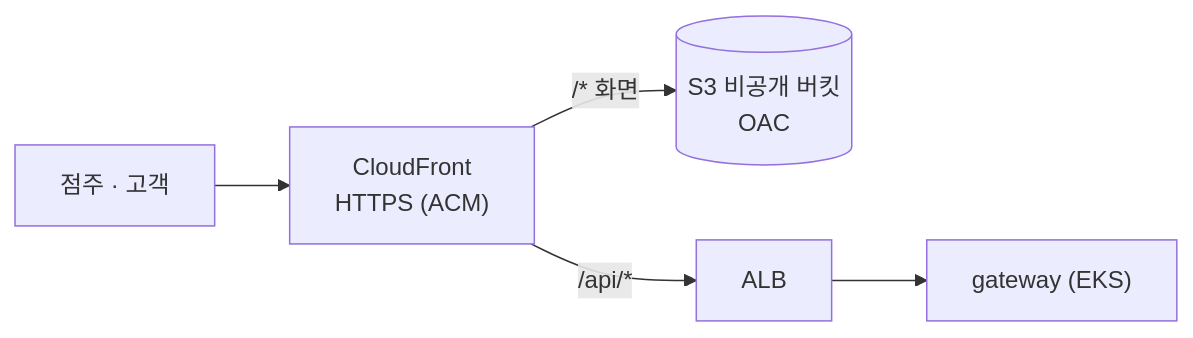
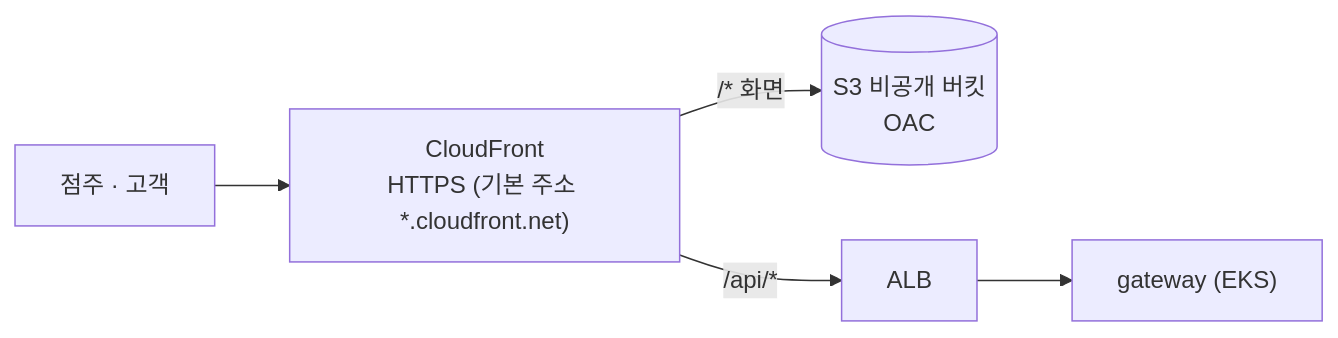
Before and after one commit to sesac-freshlink/frontend: the diagram in README.md, drawn with Mermaid. The commit also changed other lines of this file and 1 other file, not shown here.

````diff
--- a/README.md
+++ b/README.md
@@ -47,6 +47,6 @@
 ```mermaid
 flowchart LR
-    U["점주 · 고객"] --> CF["CloudFront<br/>HTTPS (ACM)"]
+    U["점주 · 고객"] --> CF["CloudFront<br/>HTTPS (기본 주소 *.cloudfront.net)"]
     CF -- "/* 화면" --> S3[("S3 비공개 버킷<br/>OAC")]
     CF -- "/api/*" --> ALB["ALB"] --> GW["gateway (EKS)"]
 ```
````
